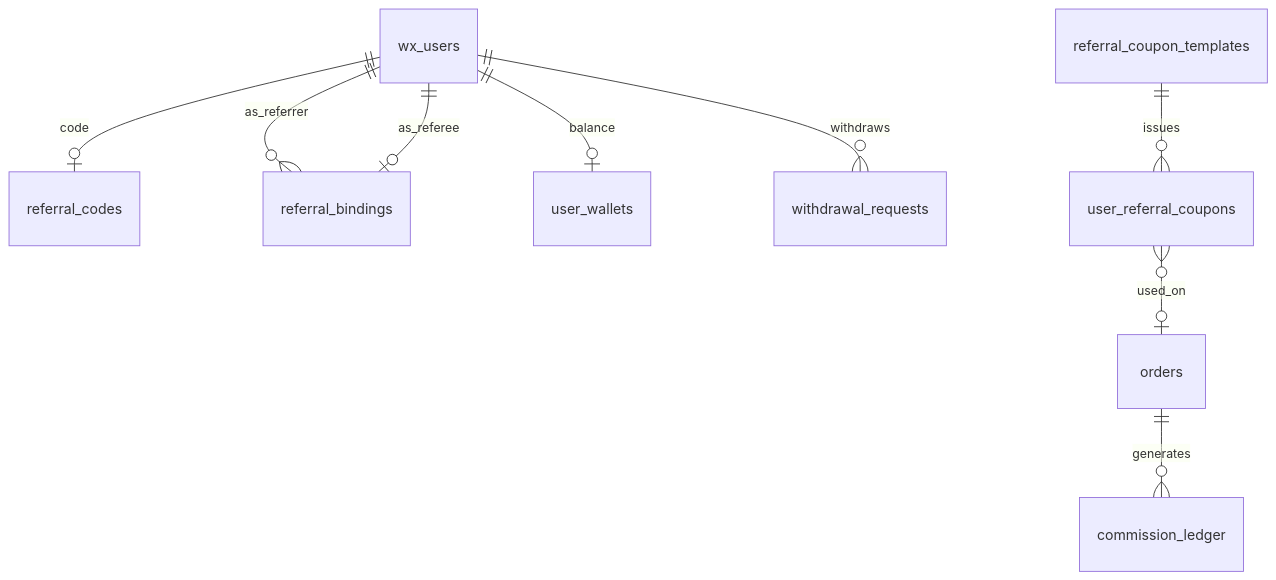
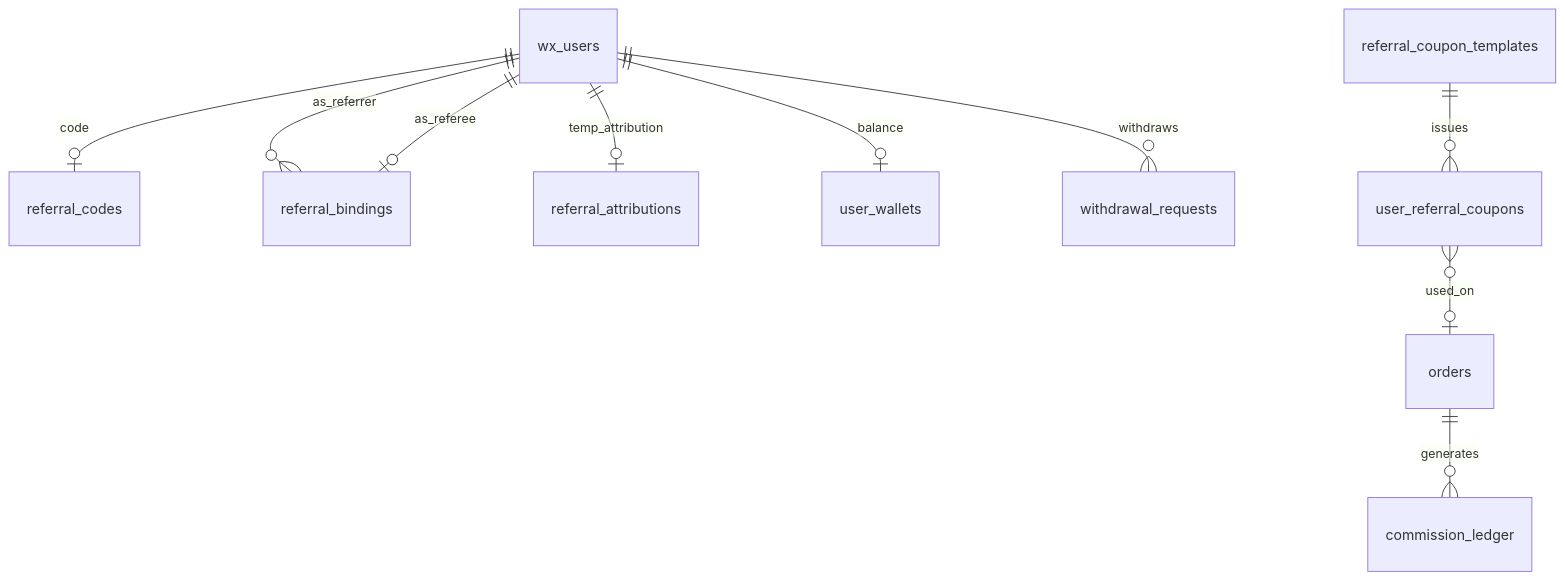
The third of 3 diagrams in docs/DATA-MODEL.md (bei123/art_data), drawn with Mermaid before and after one commit. The commit also changed other lines of this file and 13 other files, not shown here.

````diff
--- a/docs/DATA-MODEL.md
+++ b/docs/DATA-MODEL.md
@@ -81,11 +81,12 @@
 ```mermaid
 erDiagram
   wx_users ||--o| referral_codes : code
   wx_users ||--o{ referral_bindings : as_referrer
   wx_users ||--o| referral_bindings : as_referee
+  wx_users ||--o| referral_attributions : temp_attribution
   orders ||--o{ commission_ledger : generates
   wx_users ||--o| user_wallets : balance
   wx_users ||--o{ withdrawal_requests : withdraws
   referral_coupon_templates ||--o{ user_referral_coupons : issues
   user_referral_coupons }o--o| orders : used_on
 ```
````
